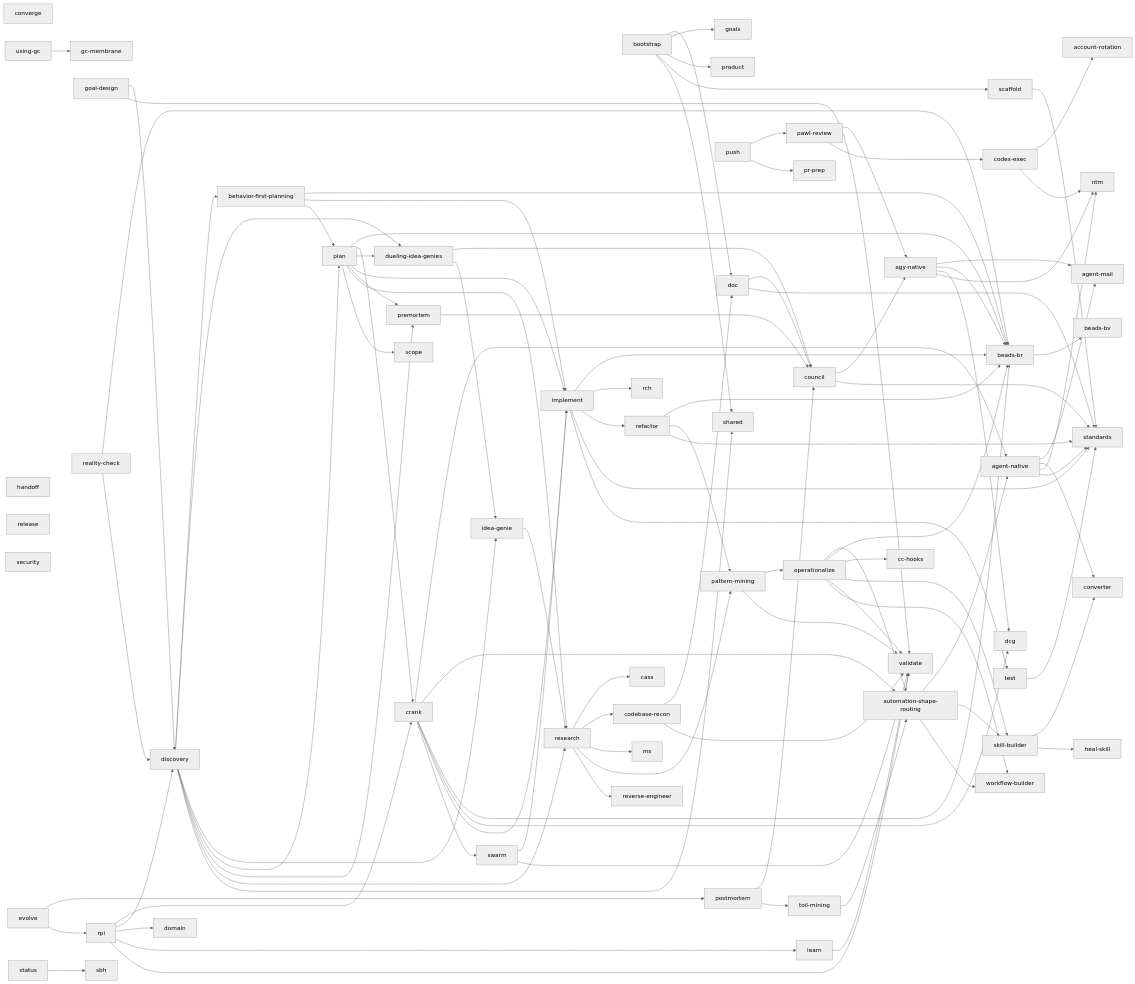
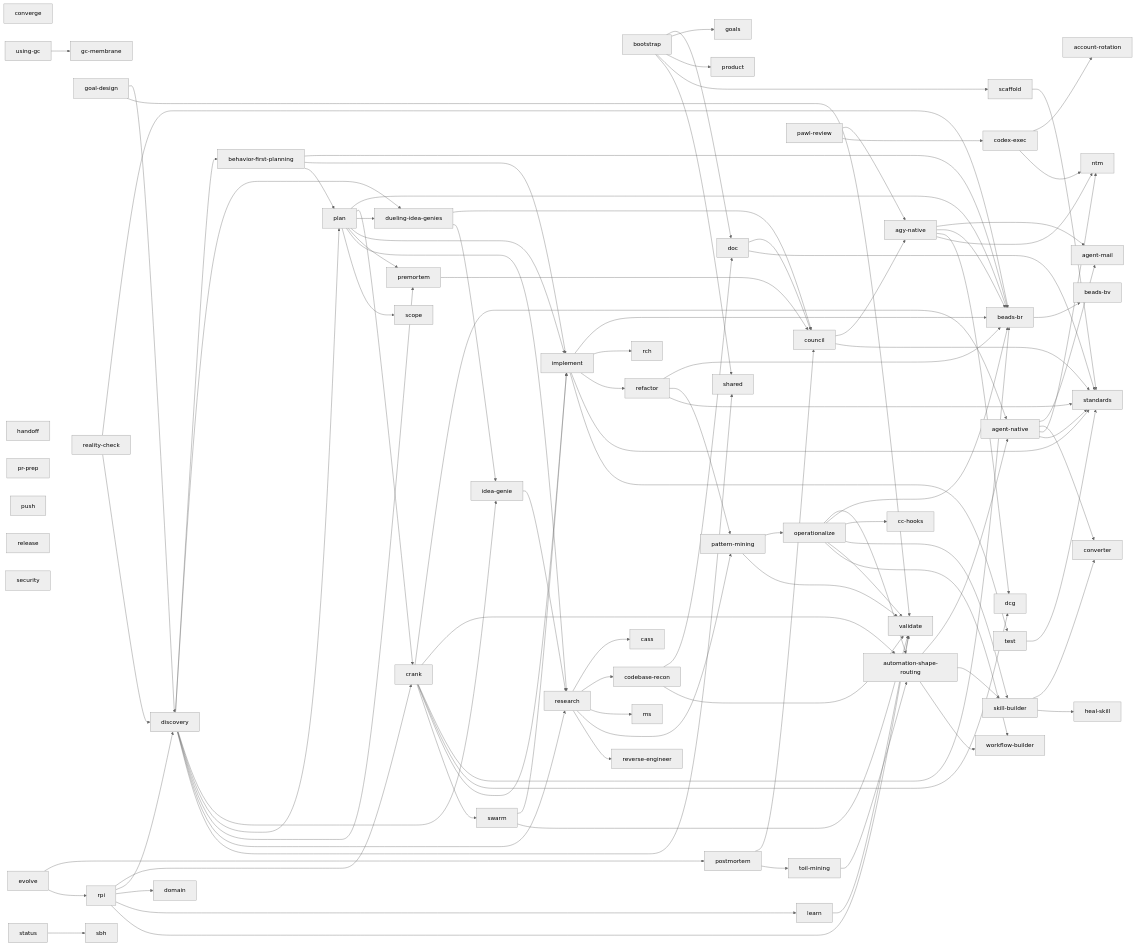
One commit to boshu2/agentops changed the first of 2 diagrams in docs/contracts/context-map.md. Above: the diagram before and after it, drawn with Mermaid (neutral theme). The commit also changed other lines of this file and 34 other files, not shown here.

```diff
--- a/docs/contracts/context-map.md
+++ b/docs/contracts/context-map.md
@@ -235,8 +235,6 @@
   postmortem --> council
   postmortem --> toil_mining
   premortem --> council
-  push --> pawl_review
-  push --> pr_prep
   reality_check --> beads_br
   reality_check --> discovery
   refactor --> beads_br
```
